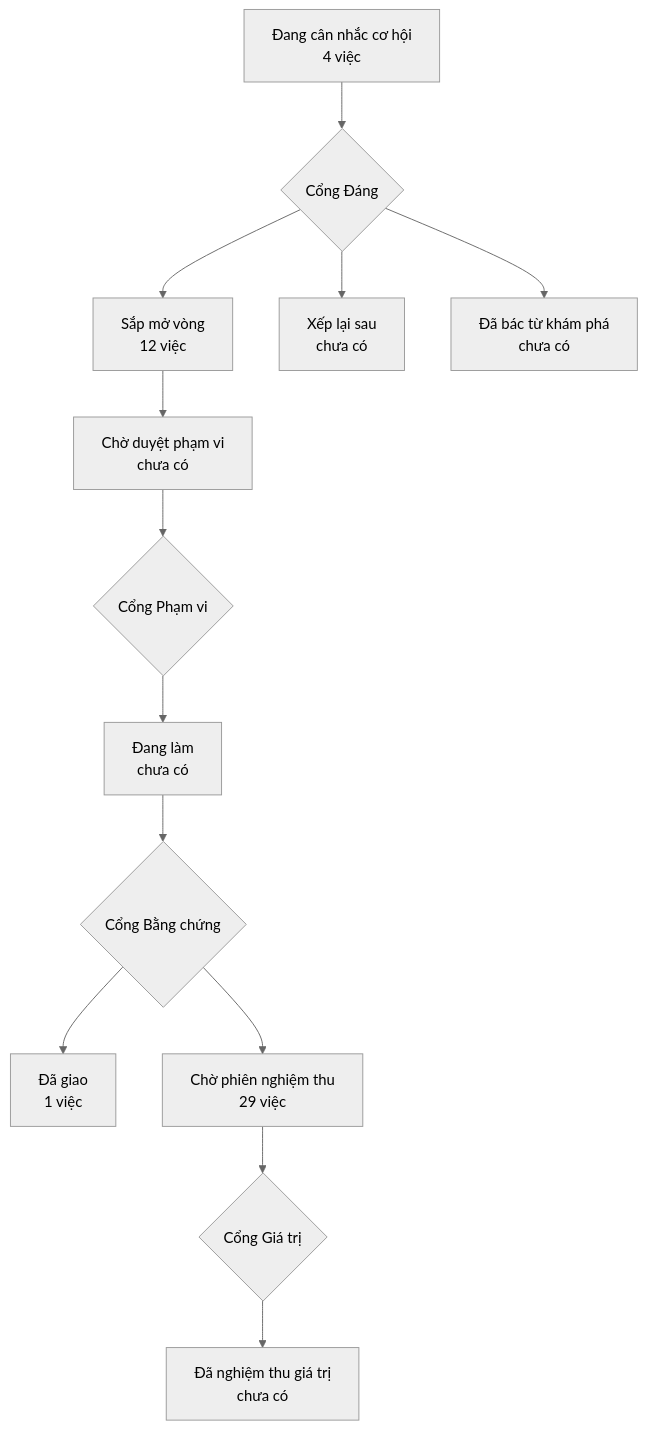
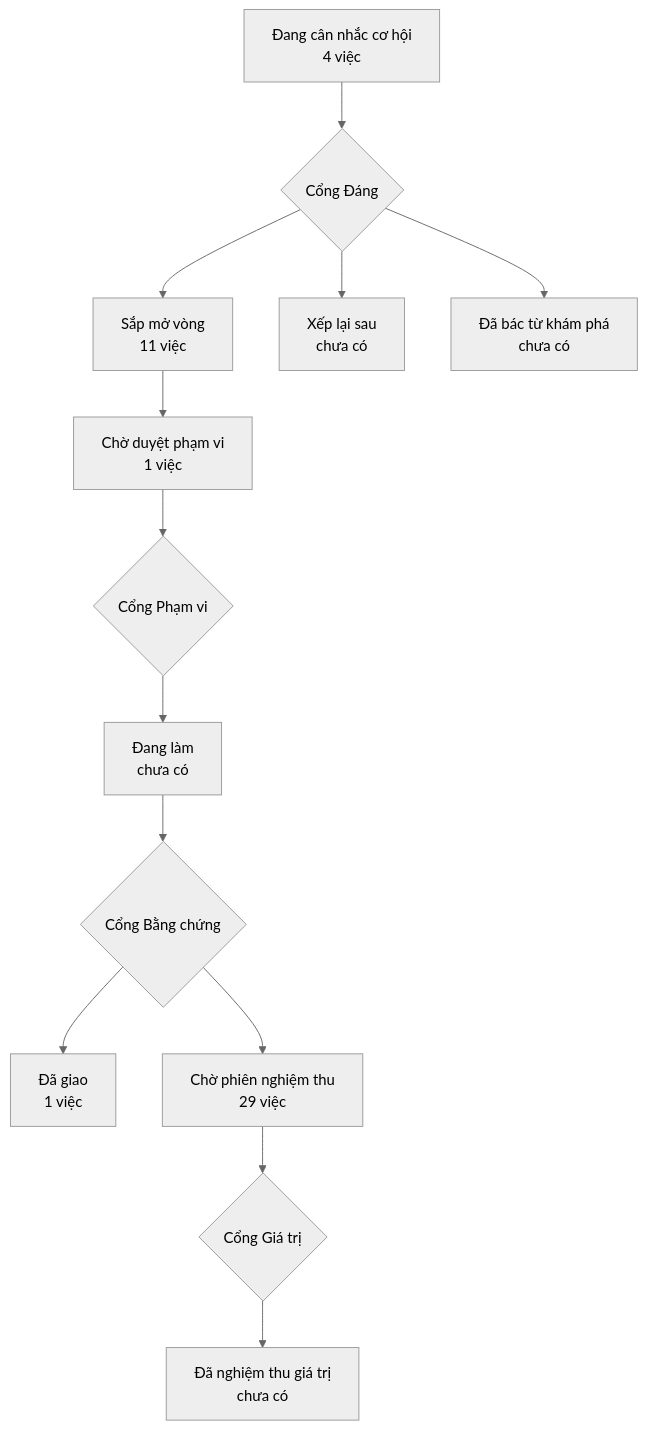
Before and after one commit to phanlemanh/onehub-inventory: the diagram in PRODUCT-MAP.md, drawn with Mermaid (neutral theme). The commit also changed other lines of this file and 1 other file, not shown here.

Commit message:
chore(loi-vao-ho-so): regenerate product map and roadmap after merging main

````diff
--- a/PRODUCT-MAP.md
+++ b/PRODUCT-MAP.md
@@ -7,12 +7,12 @@
 ```mermaid
 flowchart TD
   A["Đang cân nhắc cơ hội<br/>4 việc"] --> GD{"Cổng Đáng"}
-  GD --> B["Sắp mở vòng<br/>12 việc"]
+  GD --> B["Sắp mở vòng<br/>11 việc"]
   GD --> XL["Xếp lại sau<br/>chưa có"]
   GD --> DB["Đã bác từ khám phá<br/>chưa có"]
-  B --> CD["Chờ duyệt phạm vi<br/>chưa có"] --> GP{"Cổng Phạm vi"}
+  B --> CD["Chờ duyệt phạm vi<br/>1 việc"] --> GP{"Cổng Phạm vi"}
   GP --> DL["Đang làm<br/>chưa có"] --> GB{"Cổng Bằng chứng"}
   GB --> DG["Đã giao<br/>1 việc"]
   GB --> CN["Chờ phiên nghiệm thu<br/>29 việc"] --> GG{"Cổng Giá trị"}
   GG --> NT["Đã nghiệm thu giá trị<br/>chưa có"]
 ```
````
